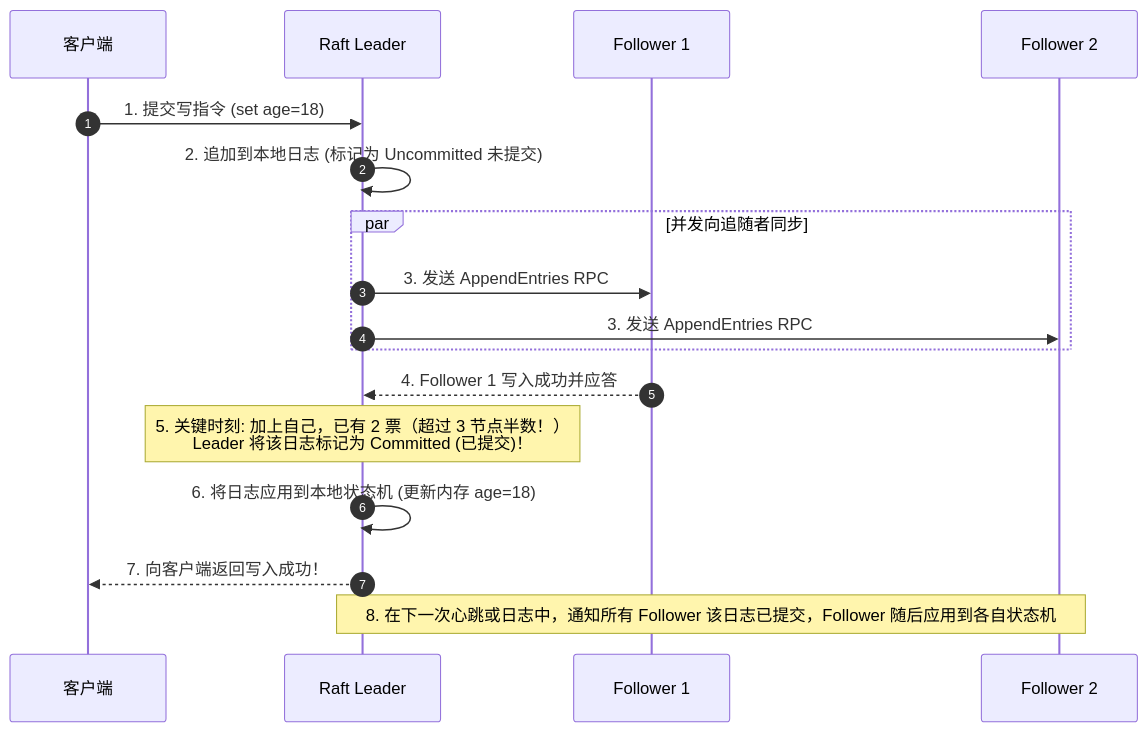
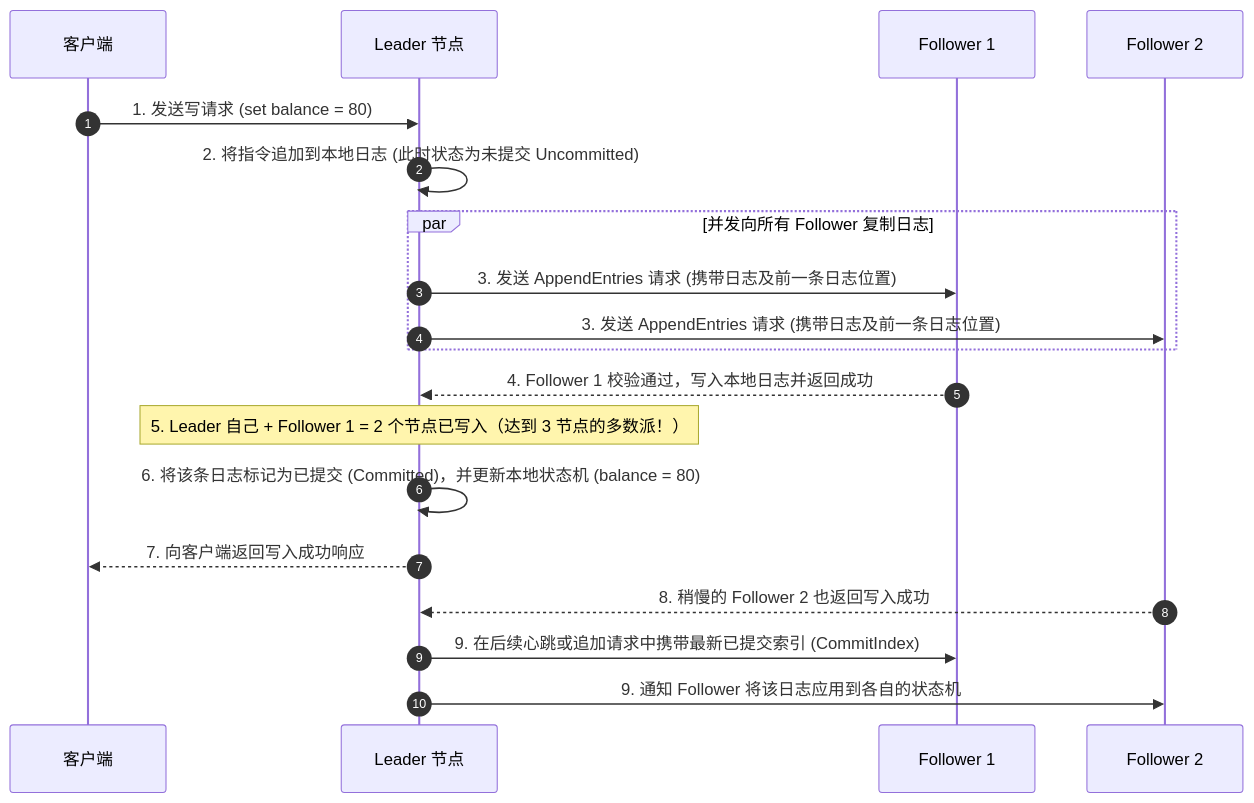
The second of 3 diagrams in 20-Java后端/07-分布式与微服务/02-分布式一致性-Paxos-Raft.md (GuoWWWX/knowledge-base), drawn with Mermaid before and after one commit. The commit also changed other lines of this file and 251 other files, not shown here.

````diff
--- a/20-Java后端/07-分布式与微服务/02-分布式一致性-Paxos-Raft.md
+++ b/20-Java后端/07-分布式与微服务/02-分布式一致性-Paxos-Raft.md
@@ -73,23 +107,25 @@
 ```mermaid
 sequenceDiagram
     autonumber
     participant Client as 客户端
-    participant Leader as Raft Leader
+    participant Leader as Leader 节点
     participant F1 as Follower 1
     participant F2 as Follower 2
 
-    Client->>Leader: 1. 提交写指令 (set age=18)
-    Leader->>Leader: 2. 追加到本地日志 (标记为 Uncommitted 未提交)
-    
-    par 并发向追随者同步
-        Leader->>F1: 3. 发送 AppendEntries RPC
-        Leader->>F2: 3. 发送 AppendEntries RPC
+    Client->>Leader: 1. 发送写请求 (set balance = 80)
+    Leader->>Leader: 2. 将指令追加到本地日志 (此时状态为未提交 Uncommitted)
+
+    par 并发向所有 Follower 复制日志
+        Leader->>F1: 3. 发送 AppendEntries 请求 (携带日志及前一条日志位置)
+        Leader->>F2: 3. 发送 AppendEntries 请求 (携带日志及前一条日志位置)
     end
 
-    F1-->>Leader: 4. Follower 1 写入成功并应答
-    Note over Leader: 5. 关键时刻: 加上自己，已有 2 票（超过 3 节点半数！）<br/>Leader 将该日志标记为 Committed (已提交)！
-    Leader->>Leader: 6. 将日志应用到本地状态机 (更新内存 age=18)
-    Leader-->>Client: 7. 向客户端返回写入成功！
+    F1-->>Leader: 4. Follower 1 校验通过，写入本地日志并返回成功
+    Note over Leader: 5. Leader 自己 + Follower 1 = 2 个节点已写入（达到 3 节点的多数派！）
+    Leader->>Leader: 6. 将该条日志标记为已提交 (Committed)，并更新本地状态机 (balance = 80)
+    Leader-->>Client: 7. 向客户端返回写入成功响应
 
-    Note over Leader,F2: 8. 在下一次心跳或日志中，通知所有 Follower 该日志已提交，Follower 随后应用到各自状态机
+    F2-->>Leader: 8. 稍慢的 Follower 2 也返回写入成功
+    Leader->>F1: 9. 在后续心跳或追加请求中携带最新已提交索引 (CommitIndex)
+    Leader->>F2: 9. 通知 Follower 将该日志应用到各自的状态机
 ```
````
